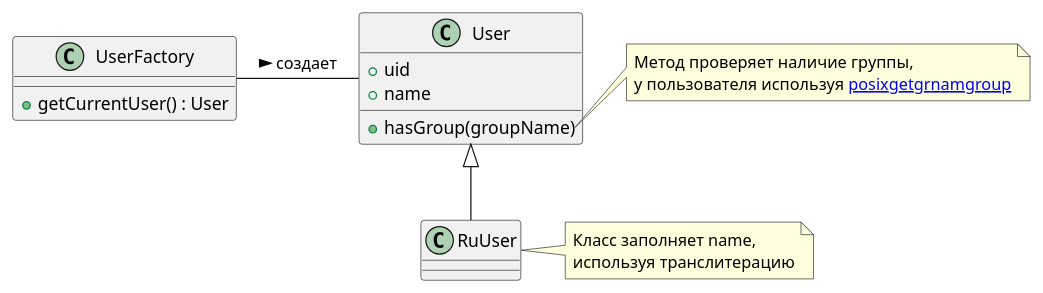
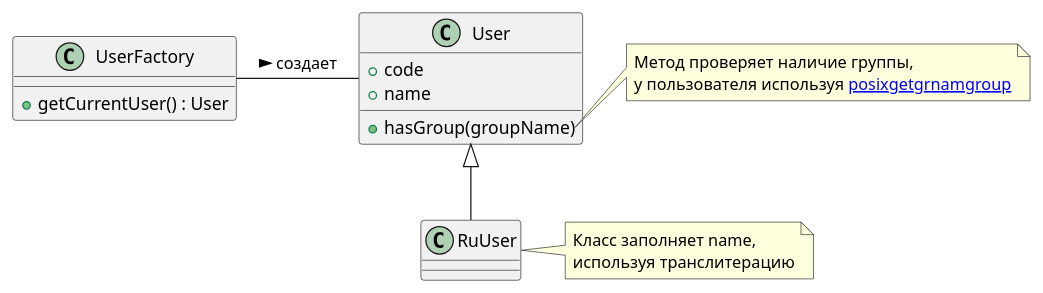
Before and after one commit to ilb/posixuserjs: the diagram in docs/entities.puml, drawn with PlantUML. The commit also changed 2 other files, not shown here.

Commit message:
replace uid with code

```diff
--- a/docs/entities.puml
+++ b/docs/entities.puml
@@ -1,28 +1,28 @@
 @startuml entities
 
 class User{
-    + uid
+    + code
     + name
     + hasGroup(groupName)
 }
 
 note right of User::hasGroup
   Метод проверяет наличие группы,
   у пользователя используя [[https://www.npmjs.com/package/posix#posixgetgrnamgroup posixgetgrnamgroup]]
 end note
 
 class UserFactory {
     + getCurrentUser() : User
 }
 
 UserFactory - User : создает >
 
 class RuUser extends User{
 }
 
 note right of RuUser
   Класс заполняет name, 
   используя транслитерацию
 end note
 
 @enduml
```
